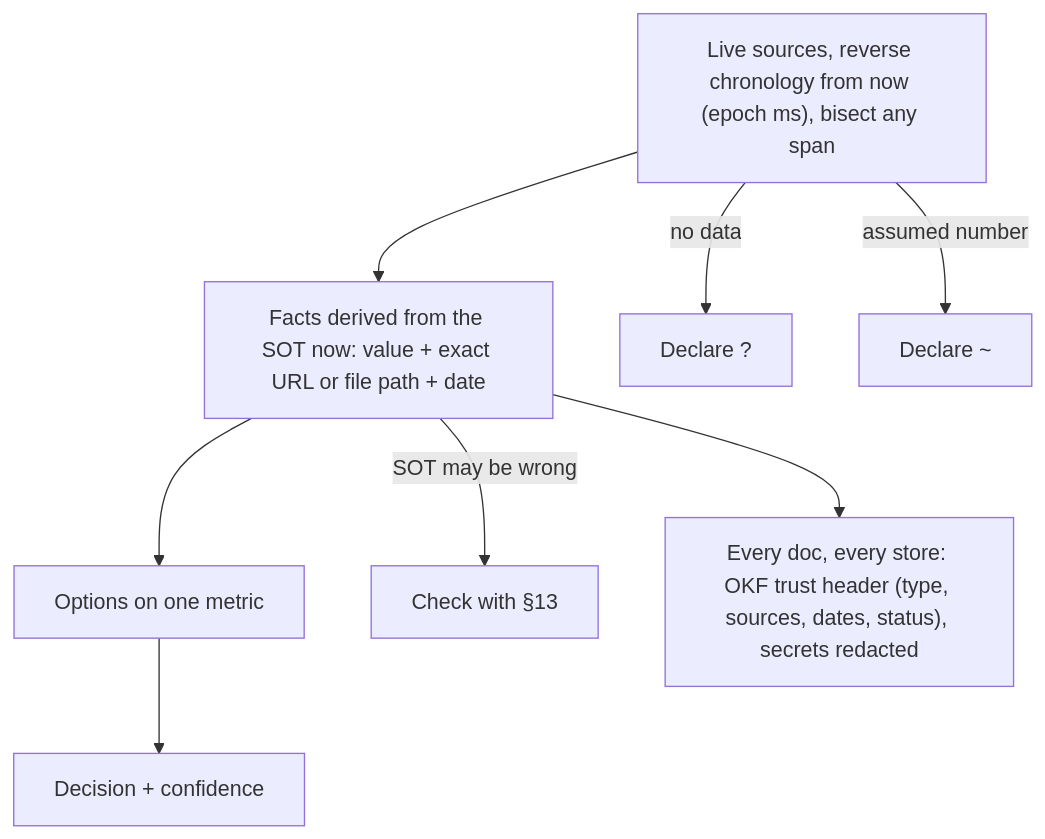
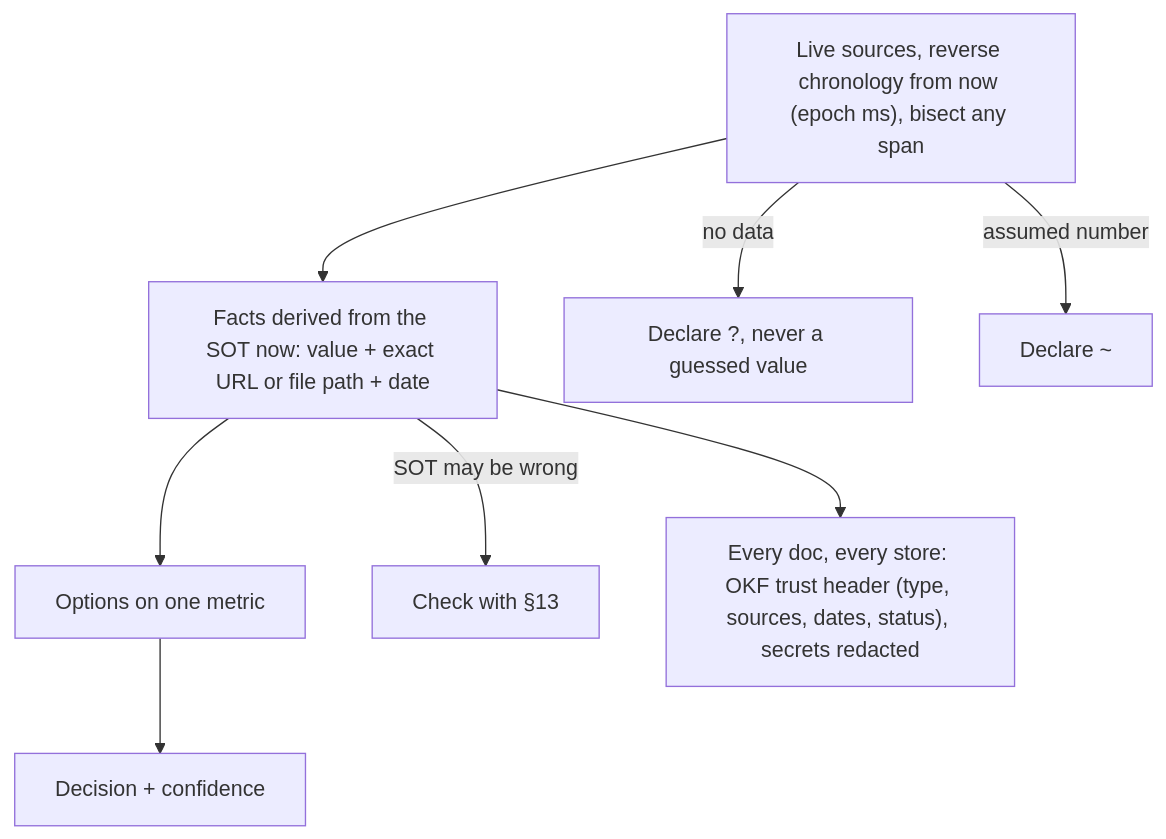
Before and after one commit to SolenixAI/arbiter: the sixth of 14 diagrams in AGENTS.md, drawn with Mermaid. The commit also changed other lines of this file, not shown here.

````diff
--- a/AGENTS.md
+++ b/AGENTS.md
@@ -264,9 +272,9 @@
 ```mermaid
 flowchart TD
   D["Live sources, reverse chronology from now (epoch ms), bisect any span"] --> E[Facts derived from the SOT now: value + exact URL or file path + date]
   E --> O[Options on one metric] --> C[Decision + confidence]
-  D -->|no data| U["Declare ?"]
+  D -->|no data| U["Declare ?, never a guessed value"]
   D -->|assumed number| U2["Declare ~"]
   E -->|SOT may be wrong| S13[Check with §13]
   E --> K["Every doc, every store: OKF trust header (type, sources, dates, status), secrets redacted"]
 ```
````
